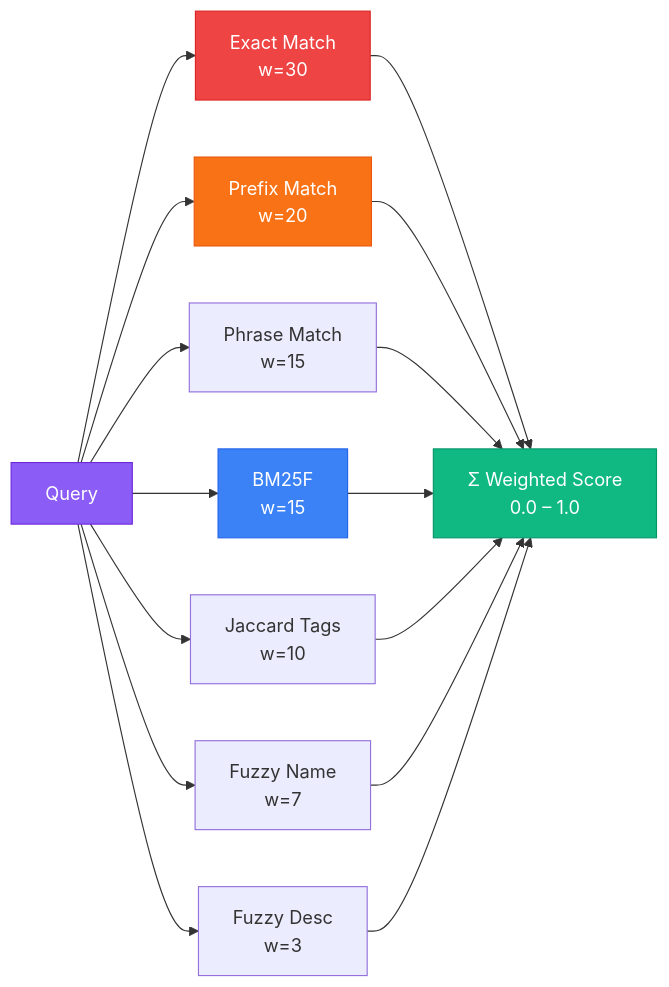
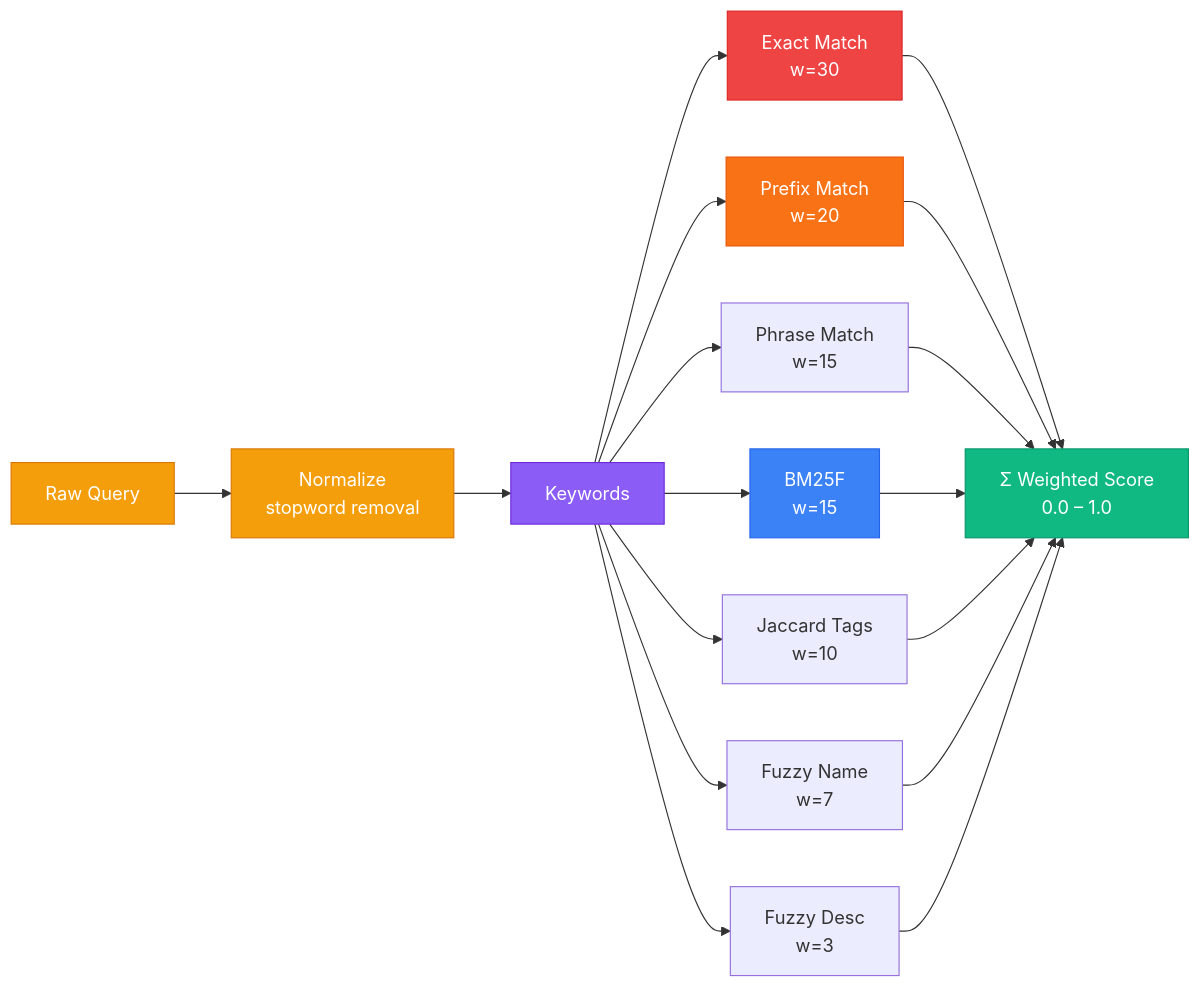
One commit to ancrz/skill-swarm-mcp changed the fifth of 5 diagrams in README.md. Above: the diagram before and after it, drawn with Mermaid. The commit also changed other lines of this file and 8 other files, not shown here.

````diff
--- a/README.md
+++ b/README.md
@@ -358,24 +359,28 @@
 ```mermaid
 graph LR
-    Q["Query"] --> E["Exact Match<br/>w=30"]
+    RQ["Raw Query"] --> NQ["Normalize<br/>stopword removal"]
+    NQ --> Q["Keywords"]
+    Q --> E["Exact Match<br/>w=30"]
     Q --> P["Prefix Match<br/>w=20"]
     Q --> PH["Phrase Match<br/>w=15"]
     Q --> B["BM25F<br/>w=15"]
     Q --> J["Jaccard Tags<br/>w=10"]
     Q --> FN["Fuzzy Name<br/>w=7"]
     Q --> FD["Fuzzy Desc<br/>w=3"]
 
     E --> S["Σ Weighted Score<br/>0.0 – 1.0"]
     P --> S
     PH --> S
     B --> S
     J --> S
     FN --> S
     FD --> S
 
+    style RQ fill:#F59E0B,stroke:#D97706,color:#fff
+    style NQ fill:#F59E0B,stroke:#D97706,color:#fff
     style Q fill:#8B5CF6,stroke:#6D28D9,color:#fff
     style S fill:#10B981,stroke:#059669,color:#fff
     style E fill:#EF4444,stroke:#DC2626,color:#fff
     style P fill:#F97316,stroke:#EA580C,color:#fff
     style B fill:#3B82F6,stroke:#2563EB,color:#fff
 ```
````
